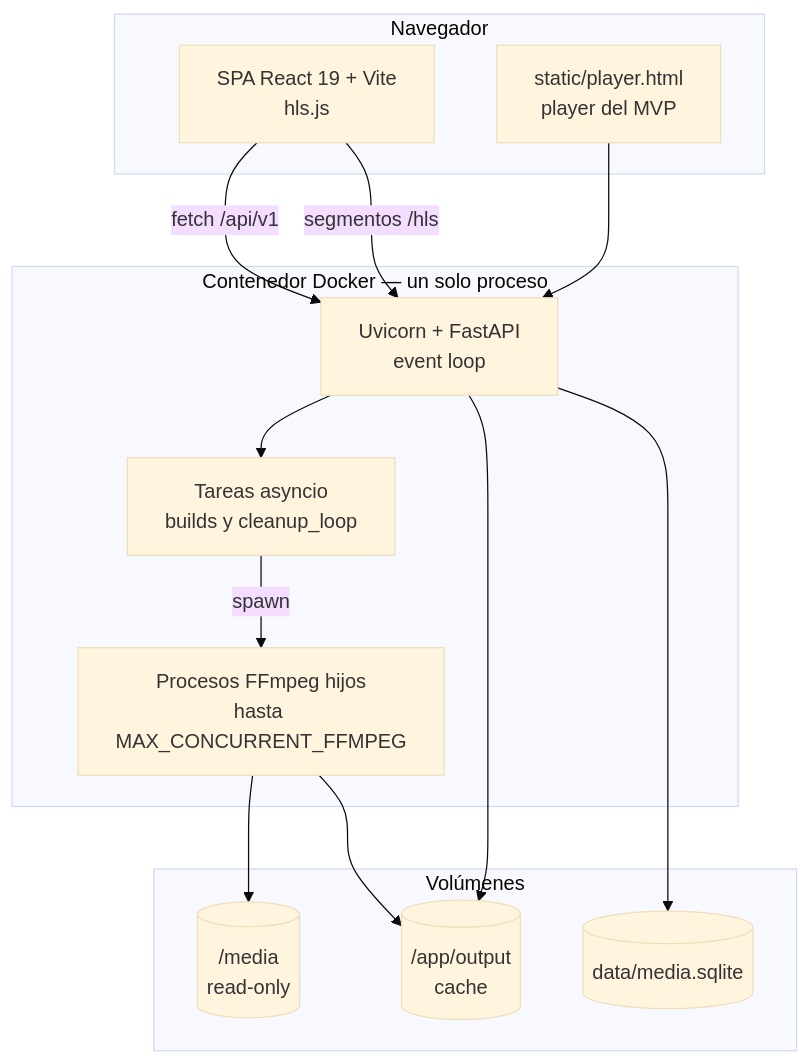
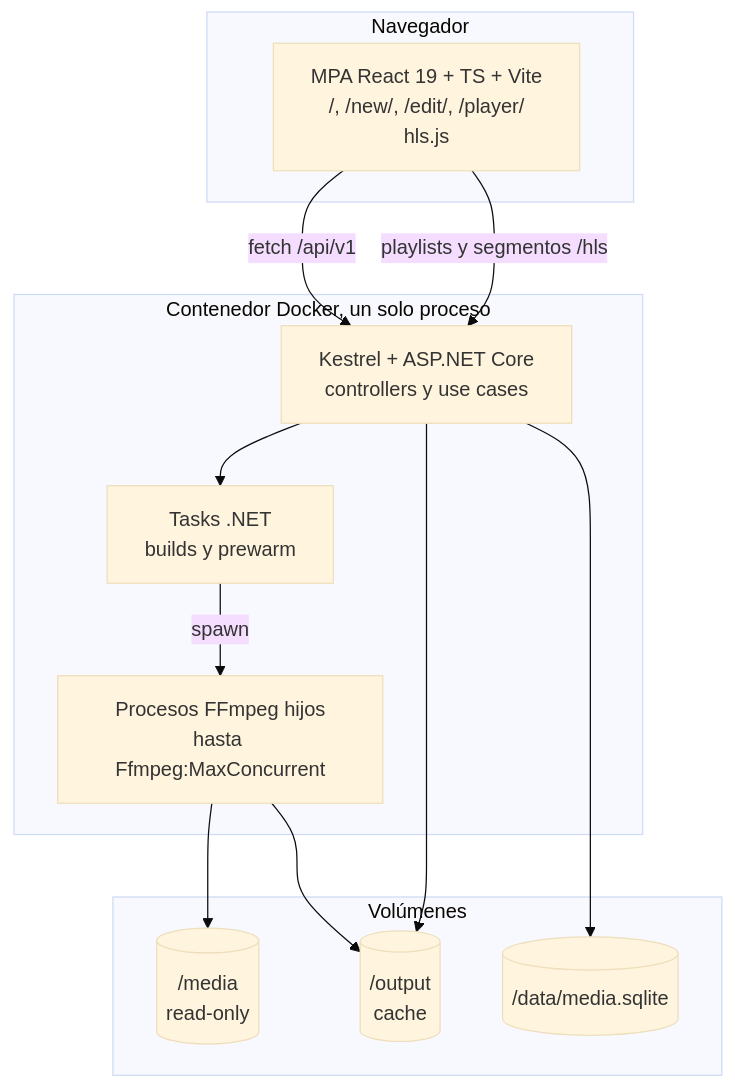
The second of 15 diagrams in system_arquitecture.md (Juan045/home-stream-app), drawn with Mermaid (base theme) before and after one commit. The commit also changed other lines of this file and 8 other files, not shown here.

````diff
--- a/system_arquitecture.md
+++ b/system_arquitecture.md
@@ -78,29 +80,27 @@
 ```mermaid
 flowchart TB
     subgraph nav["Navegador"]
-        SPA["SPA React 19 + Vite<br/>hls.js"]
-        OLD["static/player.html<br/>player del MVP"]
+        MPA["MPA React 19 + TS + Vite<br/>/, /new/, /edit/, /player/<br/>hls.js"]
     end
 
-    subgraph docker["Contenedor Docker — un solo proceso"]
-        ASGI["Uvicorn + FastAPI<br/>event loop"]
-        TASKS["Tareas asyncio<br/>builds y cleanup_loop"]
-        PROC["Procesos FFmpeg hijos<br/>hasta MAX_CONCURRENT_FFMPEG"]
+    subgraph docker["Contenedor Docker, un solo proceso"]
+        KES["Kestrel + ASP.NET Core<br/>controllers y use cases"]
+        TASKS["Tasks .NET<br/>builds y prewarm"]
+        PROC["Procesos FFmpeg hijos<br/>hasta Ffmpeg:MaxConcurrent"]
     end
 
     subgraph vol["Volúmenes"]
         MR[("/media<br/>read-only")]
-        OUT[("/app/output<br/>cache")]
-        DATA[("data/media.sqlite")]
+        OUT[("/output<br/>cache")]
+        DATA[("/data/media.sqlite")]
     end
 
-    SPA -->|"fetch /api/v1"| ASGI
-    SPA -->|"segmentos /hls"| ASGI
-    OLD --> ASGI
-    ASGI --> TASKS
+    MPA -->|"fetch /api/v1"| KES
+    MPA -->|"playlists y segmentos /hls"| KES
+    KES --> TASKS
     TASKS -->|"spawn"| PROC
     PROC --> MR
     PROC --> OUT
-    ASGI --> OUT
-    ASGI --> DATA
+    KES --> OUT
+    KES --> DATA
 ```
````
